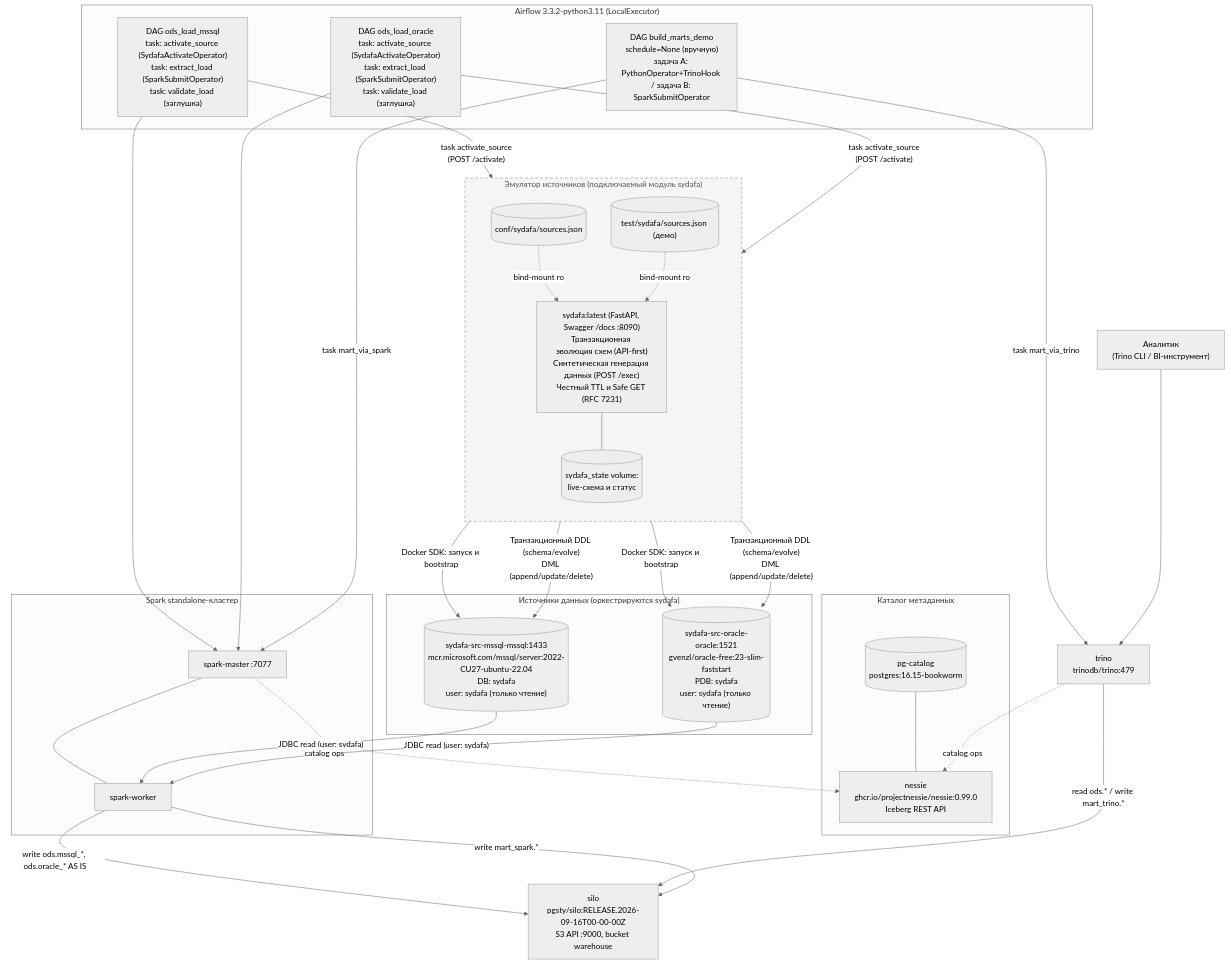
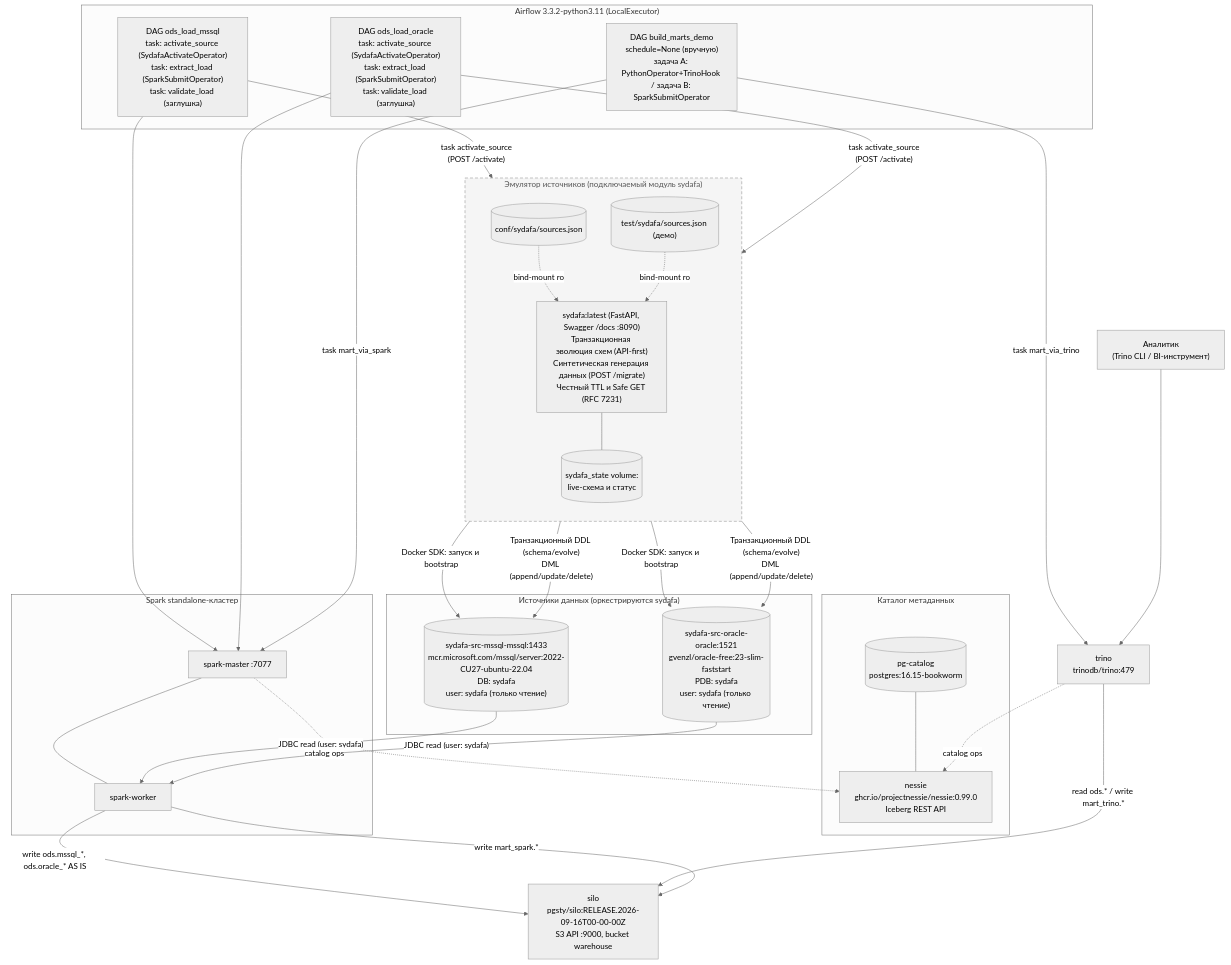
One commit to georgekochergin/datalake_stand changed the diagram in README.md. Above: the diagram before and after it, drawn with Mermaid (neutral theme). The commit also changed other lines of this file and 3 other files, not shown here.

Commit message:
docs: remove /exec alias in favor of /migrate

````diff
--- a/README.md
+++ b/README.md
@@ -26,67 +26,67 @@
 ```mermaid
 flowchart TB
     ANALYST["Аналитик\n(Trino CLI / BI-инструмент)"]
 
     subgraph Sources["Источники данных (оркестрируются sydafa)"]
         MSSQL[("sydafa-src-mssql-mssql:1433\nmcr.microsoft.com/mssql/server:2022-CU27-ubuntu-22.04\nDB: sydafa\nuser: sydafa (только чтение)")]
         ORA[("sydafa-src-oracle-oracle:1521\ngvenzl/oracle-free:23-slim-faststart\nPDB: sydafa\nuser: sydafa (только чтение)")]
     end
 
     subgraph SydafaService["Эмулятор источников (подключаемый модуль sydafa)"]
         direction TB
         CFG1[("conf/sydafa/sources.json")]
         CFG2[("test/sydafa/sources.json (демо)")]
-        API["sydafa:latest (FastAPI, Swagger /docs :8090)\nТранзакционная эволюция схем (API-first)\nСинтетическая генерация данных (POST /exec)\nЧестный TTL и Safe GET (RFC 7231)"]
+        API["sydafa:latest (FastAPI, Swagger /docs :8090)\nТранзакционная эволюция схем (API-first)\nСинтетическая генерация данных (POST /migrate)\nЧестный TTL и Safe GET (RFC 7231)"]
         STATE[("sydafa_state volume:\nlive-схема и статус")]
         CFG1 -. "bind-mount ro" .-> API
         CFG2 -. "bind-mount ro" .-> API
         API --- STATE
     end
 
     subgraph Catalog["Каталог метаданных"]
         PGC[("pg-catalog\npostgres:16.15-bookworm")]
         NESSIE["nessie\nghcr.io/projectnessie/nessie:0.99.0\nIceberg REST API"]
         PGC --- NESSIE
     end
 
     SILO["silo\npgsty/silo:RELEASE.2026-09-16T00-00-00Z\nS3 API :9000, bucket warehouse"]
 
     subgraph SparkCluster["Spark standalone-кластер"]
         SM["spark-master :7077"]
         SW["spark-worker"]
         SM --- SW
     end
 
     TRINO["trino\ntrinodb/trino:479"]
 
     subgraph Orchestration["Airflow 3.3.2-python3.11 (LocalExecutor)"]
         D1["DAG ods_load_mssql\ntask: activate_source (SydafaActivateOperator)\ntask: extract_load (SparkSubmitOperator)\ntask: validate_load (заглушка)"]
         D2["DAG ods_load_oracle\ntask: activate_source (SydafaActivateOperator)\ntask: extract_load (SparkSubmitOperator)\ntask: validate_load (заглушка)"]
         D3["DAG build_marts_demo\nschedule=None (вручную)\nзадача A: PythonOperator+TrinoHook / задача B: SparkSubmitOperator"]
     end
 
     API -- "Docker SDK: запуск и bootstrap" --> MSSQL
     API -- "Docker SDK: запуск и bootstrap" --> ORA
     API -- "Транзакционный DDL (schema/evolve)\nDML (append/update/delete)" --> MSSQL
     API -- "Транзакционный DDL (schema/evolve)\nDML (append/update/delete)" --> ORA
 
     D1 -- "task activate_source\n(POST /activate)" --> API
     D2 -- "task activate_source\n(POST /activate)" --> API
 
     D1 --> SM
     D2 --> SM
     MSSQL -- "JDBC read (user: sydafa)" --> SW
     ORA -- "JDBC read (user: sydafa)" --> SW
     SW -- "write ods.mssql_*, ods.oracle_* AS IS" --> SILO
     SM -. "catalog ops" .-> NESSIE
 
     D3 -- "task mart_via_trino" --> TRINO
     D3 -- "task mart_via_spark" --> SM
     TRINO -. "catalog ops" .-> NESSIE
     TRINO -- "read ods.* / write mart_trino.*" --> SILO
     SW -- "write mart_spark.*" --> SILO
 
     ANALYST --> TRINO
 
     style SydafaService stroke-dasharray: 6 4,stroke:#888,fill:#f5f5f5,color:#555
 ```
````
